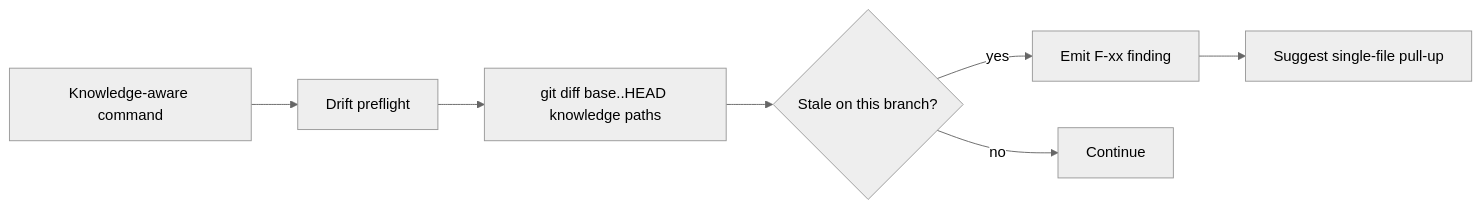
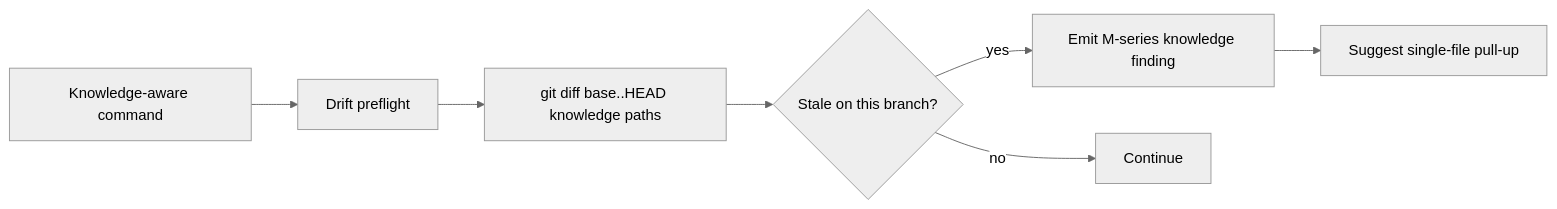
One commit to palaeologic/opencode-conductor changed the second of 2 diagrams in docusaurus/knowledge/index.md. Above: the diagram before and after it, drawn with Mermaid (neutral theme). The commit also changed 373 other files, not shown here.

````diff
--- a/docusaurus/knowledge/index.md
+++ b/docusaurus/knowledge/index.md
@@ -123,9 +123,9 @@
 ```mermaid
 flowchart LR
   Run[Knowledge-aware command] --> Drift[Drift preflight]
   Drift --> Diff[git diff base..HEAD knowledge paths]
   Diff --> Stale{Stale on this branch?}
-  Stale -- yes --> Find[Emit F-xx finding]
+  Stale -- yes --> Find[Emit M-series knowledge finding]
   Stale -- no --> Ok[Continue]
   Find --> Suggest[Suggest single-file pull-up]
 ```
````
